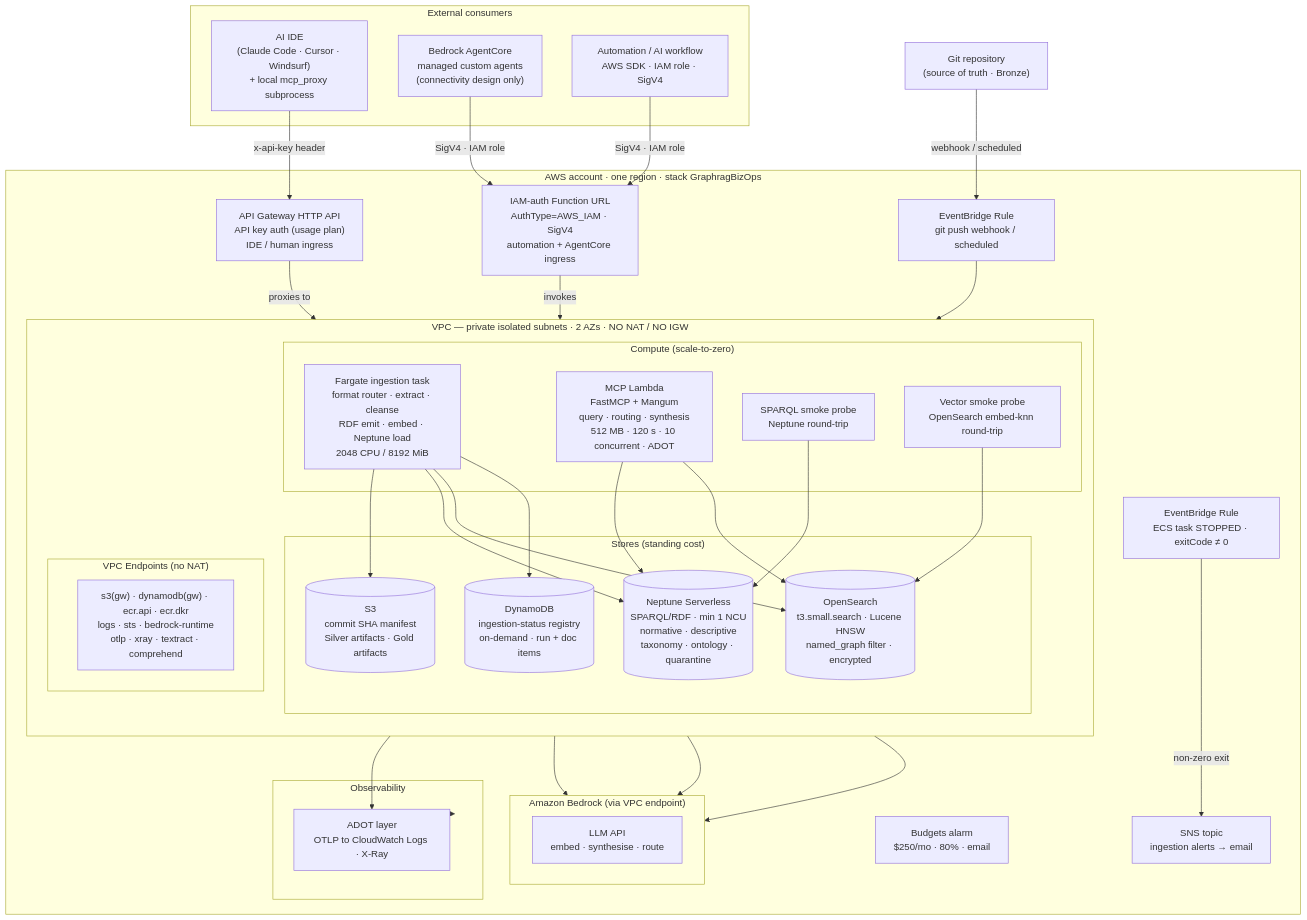
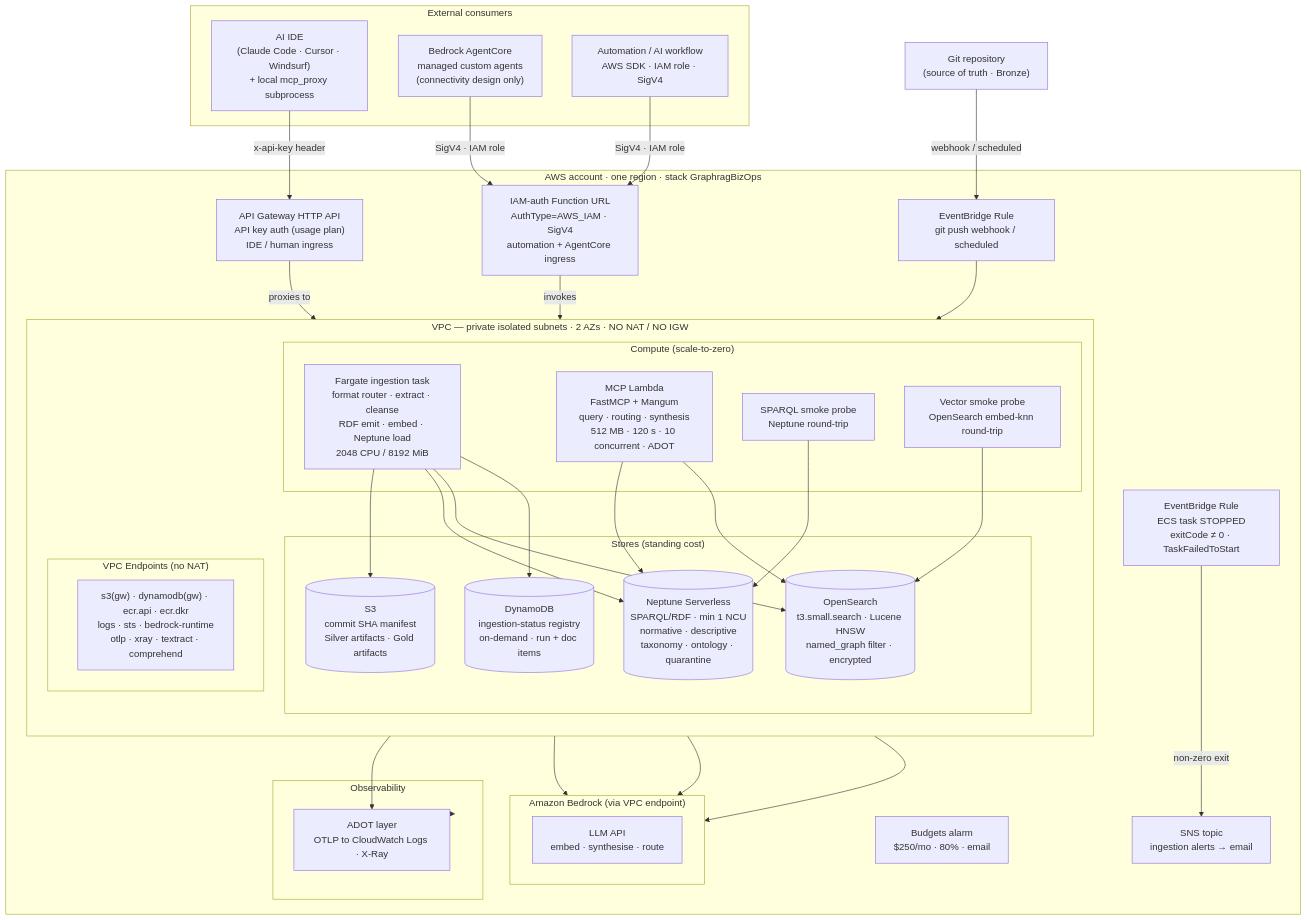
The fifth of 5 diagrams in docs/architecture/biz-ops-knowledge-graph/design.md (eugenelim/graphrag-aws-template), drawn with Mermaid before and after one commit. The commit also changed other lines of this file and 2 other files, not shown here.

````diff
--- a/docs/architecture/biz-ops-knowledge-graph/design.md
+++ b/docs/architecture/biz-ops-knowledge-graph/design.md
@@ -841,75 +842,75 @@
 ```mermaid
 flowchart TB
     subgraph Consumers["External consumers"]
         IDE["AI IDE<br/>(Claude Code · Cursor · Windsurf)<br/>+ local mcp_proxy subprocess"]
         AGC["Bedrock AgentCore<br/>managed custom agents<br/>(connectivity design only)"]
         AUTO["Automation / AI workflow<br/>AWS SDK · IAM role · SigV4"]
     end
 
     subgraph AWS["AWS account · one region · stack GraphragBizOps"]
         APIGW["API Gateway HTTP API<br/>API key auth (usage plan)<br/>IDE / human ingress"]
         FU["IAM-auth Function URL<br/>AuthType=AWS_IAM · SigV4<br/>automation + AgentCore ingress"]
         BUD["Budgets alarm<br/>$250/mo · 80% · email"]
         EB["EventBridge Rule<br/>git push webhook / scheduled"]
-        EBF["EventBridge Rule<br/>ECS task STOPPED · exitCode ≠ 0"]
+        EBF["EventBridge Rule<br/>ECS task STOPPED<br/>exitCode ≠ 0 · TaskFailedToStart"]
         SNS["SNS topic<br/>ingestion alerts → email"]
 
         subgraph VPC["VPC — private isolated subnets · 2 AZs · NO NAT / NO IGW"]
             direction TB
 
             subgraph Compute["Compute (scale-to-zero)"]
                 ML["MCP Lambda<br/>FastMCP + Mangum<br/>query · routing · synthesis<br/>512 MB · 120 s · 10 concurrent · ADOT"]
                 ING["Fargate ingestion task<br/>format router · extract · cleanse<br/>RDF emit · embed · Neptune load<br/>2048 CPU / 8192 MiB"]
                 SP["SPARQL smoke probe<br/>Neptune round-trip"]
                 VP["Vector smoke probe<br/>OpenSearch embed-knn round-trip"]
             end
 
             subgraph Stores["Stores (standing cost)"]
                 NEP[("Neptune Serverless<br/>SPARQL/RDF · min 1 NCU<br/>normative · descriptive<br/>taxonomy · ontology · quarantine")]
                 OS[("OpenSearch<br/>t3.small.search · Lucene HNSW<br/>named_graph filter · encrypted")]
                 S3[("S3<br/>commit SHA manifest<br/>Silver artifacts · Gold artifacts")]
                 DDB[("DynamoDB<br/>ingestion-status registry<br/>on-demand · run + doc items")]
             end
 
             subgraph Endpoints["VPC Endpoints (no NAT)"]
                 EPS["s3(gw) · dynamodb(gw) · ecr.api · ecr.dkr<br/>logs · sts · bedrock-runtime<br/>otlp · xray · textract · comprehend"]
             end
         end
 
         subgraph LLM["Amazon Bedrock (via VPC endpoint)"]
             BD["LLM API<br/>embed · synthesise · route"]
         end
 
         subgraph Obs["Observability"]
             ADOT["ADOT layer<br/>OTLP to CloudWatch Logs · X-Ray"]
         end
     end
 
     Git["Git repository<br/>(source of truth · Bronze)"]
 
     IDE -->|"x-api-key header"| APIGW
     AGC -->|"SigV4 · IAM role"| FU
     AUTO -->|"SigV4 · IAM role"| FU
 
     APIGW -->|"proxies to"| ML
     FU -->|"invokes"| ML
 
     Git -->|"webhook / scheduled"| EB
     EB --> ING
     ING --> S3
     ING --> NEP
     ING --> OS
     ING --> LLM
     ING --> DDB
     EBF -->|"non-zero exit"| SNS
 
     ML --> NEP
     ML --> OS
     ML --> LLM
     ML --> ADOT
     ADOT --> Obs
 
     SP --> NEP
     VP --> OS
     VP --> LLM
 ```
````
